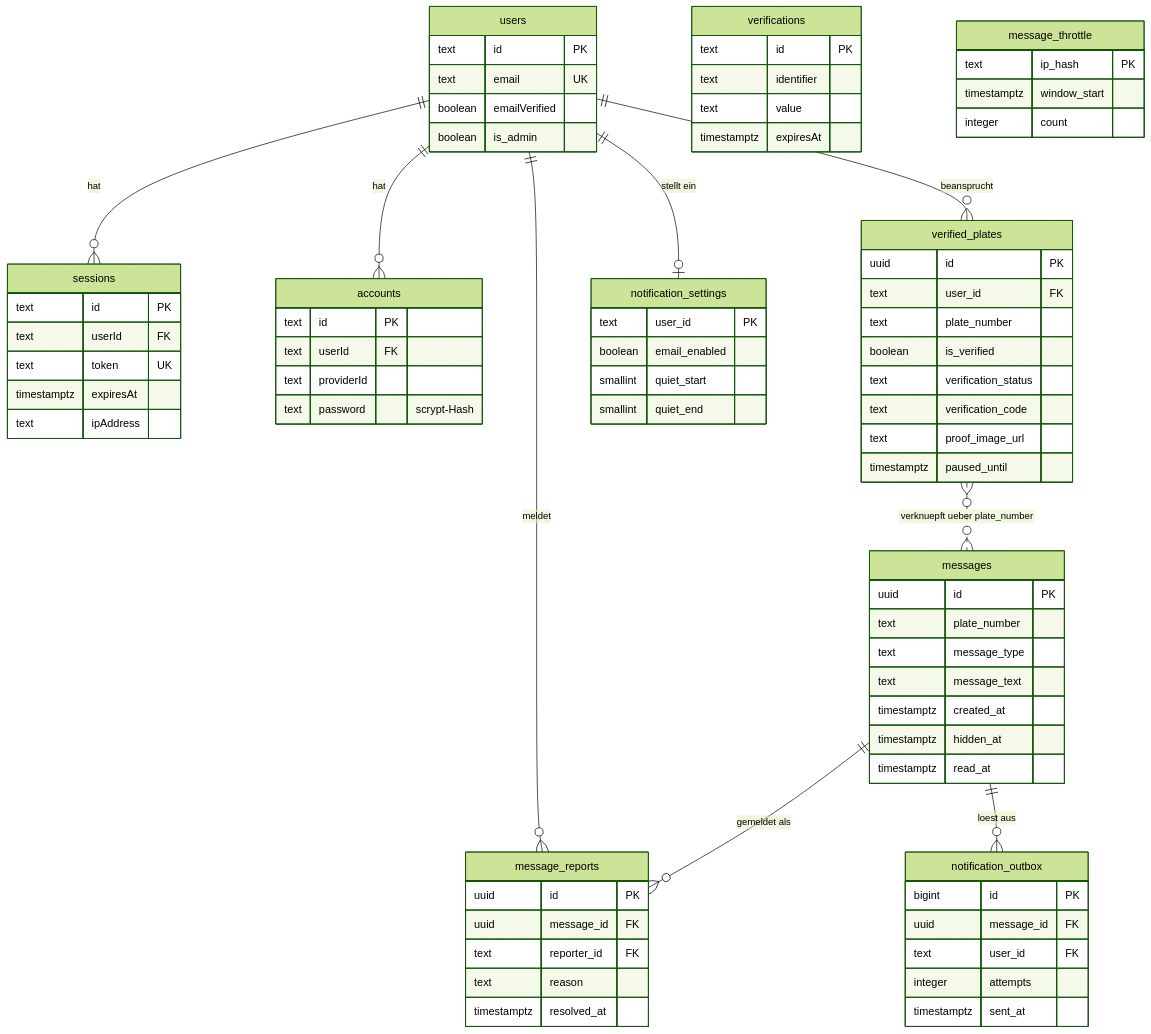
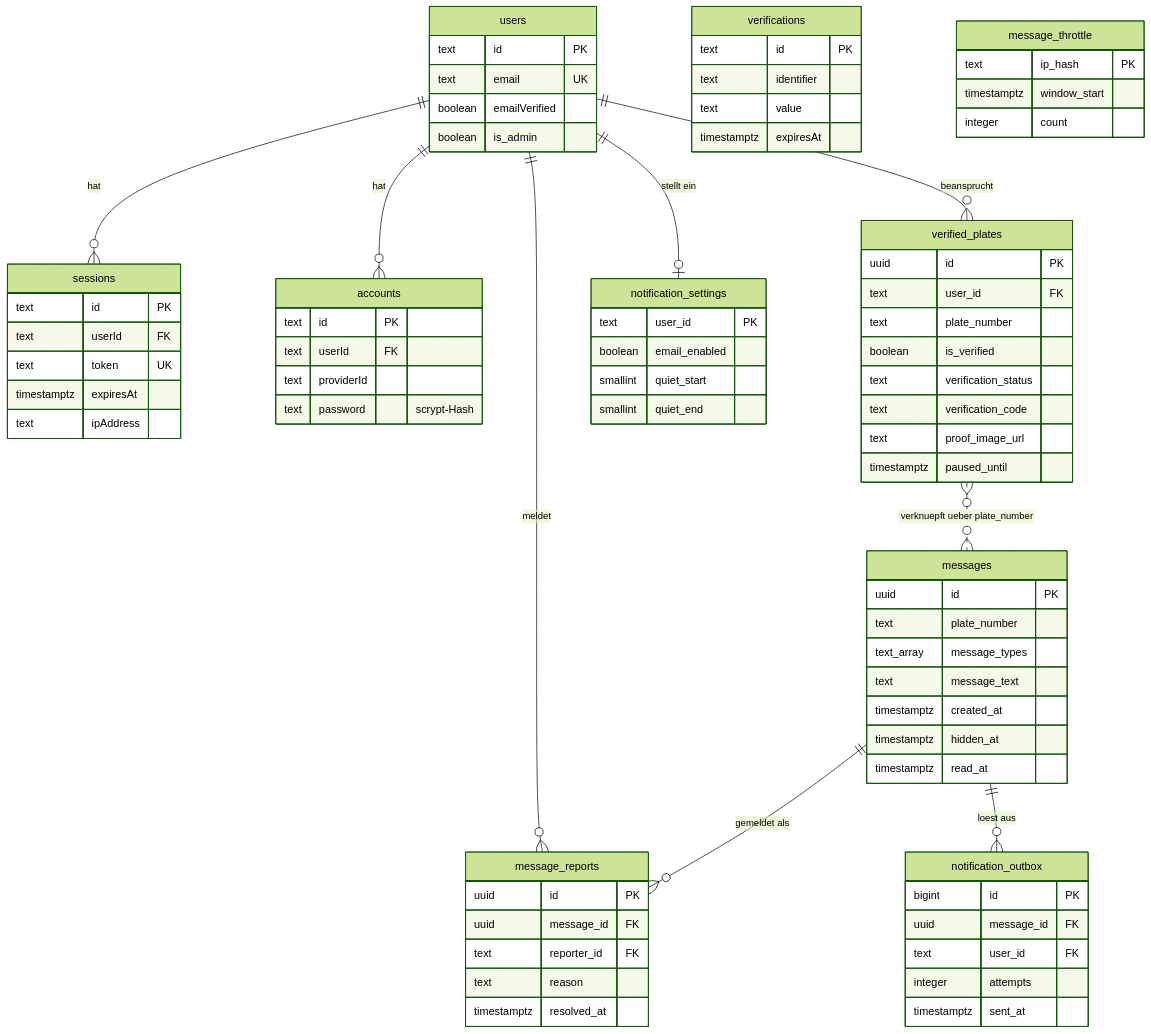
The third of 9 diagrams in docs/architecture.md (mariushuck/PlateDrop), drawn with Mermaid (forest theme) before and after one commit. The commit also changed other lines of this file and 24 other files, not shown here.

````diff
--- a/docs/architecture.md
+++ b/docs/architecture.md
@@ -170,81 +170,81 @@
 ```mermaid
 erDiagram
     users ||--o{ sessions : "hat"
     users ||--o{ accounts : "hat"
     users ||--o{ verified_plates : "beansprucht"
     verified_plates }o..o{ messages : "verknuepft ueber plate_number"
     messages ||--o{ message_reports : "gemeldet als"
     users ||--o{ message_reports : "meldet"
     users ||--o| notification_settings : "stellt ein"
     messages ||--o{ notification_outbox : "loest aus"
 
     users {
         text id PK
         text email UK
         boolean emailVerified
         boolean is_admin
     }
     sessions {
         text id PK
         text userId FK
         text token UK
         timestamptz expiresAt
         text ipAddress
     }
     accounts {
         text id PK
         text userId FK
         text providerId
         text password "scrypt-Hash"
     }
     verifications {
         text id PK
         text identifier
         text value
         timestamptz expiresAt
     }
     verified_plates {
         uuid id PK
         text user_id FK
         text plate_number
         boolean is_verified
         text verification_status
         text verification_code
         text proof_image_url
         timestamptz paused_until
     }
     messages {
         uuid id PK
         text plate_number
-        text message_type
+        text_array message_types
         text message_text
         timestamptz created_at
         timestamptz hidden_at
         timestamptz read_at
     }
     notification_settings {
         text user_id PK
         boolean email_enabled
         smallint quiet_start
         smallint quiet_end
     }
     notification_outbox {
         bigint id PK
         uuid message_id FK
         text user_id FK
         integer attempts
         timestamptz sent_at
     }
     message_reports {
         uuid id PK
         uuid message_id FK
         text reporter_id FK
         text reason
         timestamptz resolved_at
     }
     message_throttle {
         text ip_hash PK
         timestamptz window_start
         integer count
     }
 ```
````
